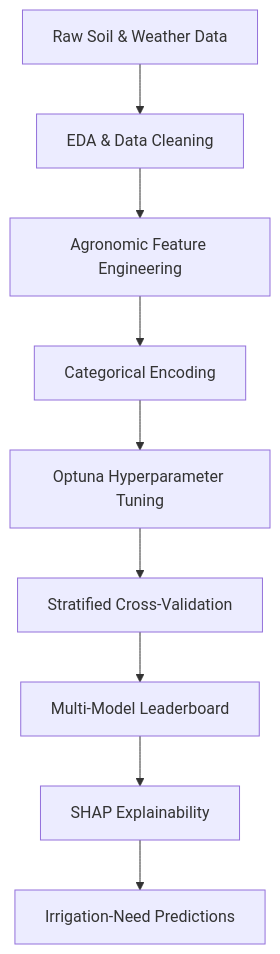
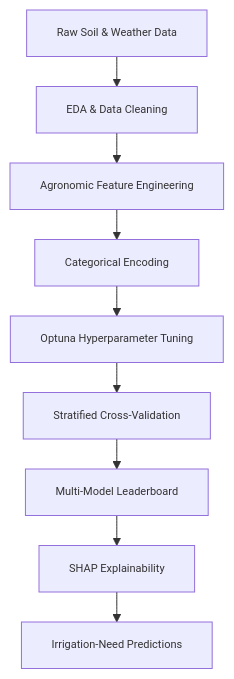
Before and after one commit to PranikaC/Crop-Irrigation-Need-Prediction: the first of 2 diagrams in README.md, drawn with Mermaid. The commit also changed other lines of this file, not shown here.

````diff
--- a/README.md
+++ b/README.md
@@ -29,11 +29,12 @@
 ```mermaid
+%%{init: {"theme": "default", "themeVariables": {"fontSize": "11px"}, "flowchart": {"nodeSpacing": 25, "rankSpacing": 30}}}%%
 flowchart TD
     A[Raw Soil & Weather Data] --> B[EDA & Data Cleaning]
     B --> C[Agronomic Feature Engineering]
     C --> D[Categorical Encoding]
     D --> E[Optuna Hyperparameter Tuning]
     E --> F[Stratified Cross-Validation]
     F --> G[Multi-Model Leaderboard]
     G --> H[SHAP Explainability]
     H --> I[Irrigation-Need Predictions]
 ```
````
